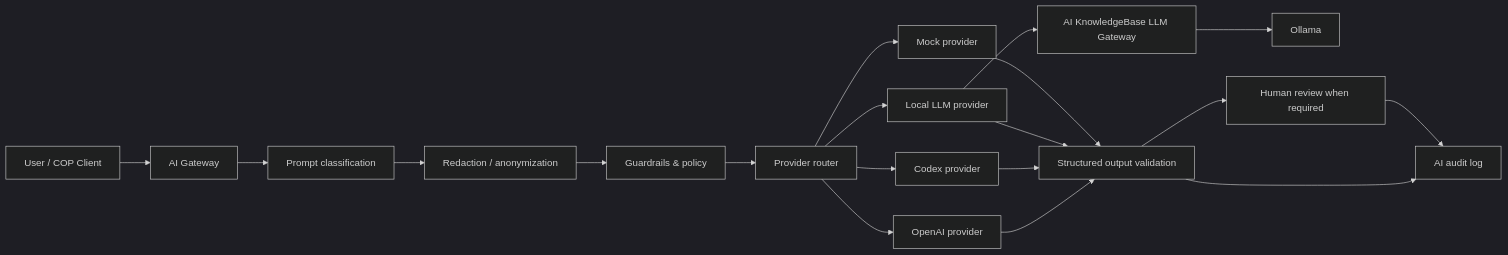
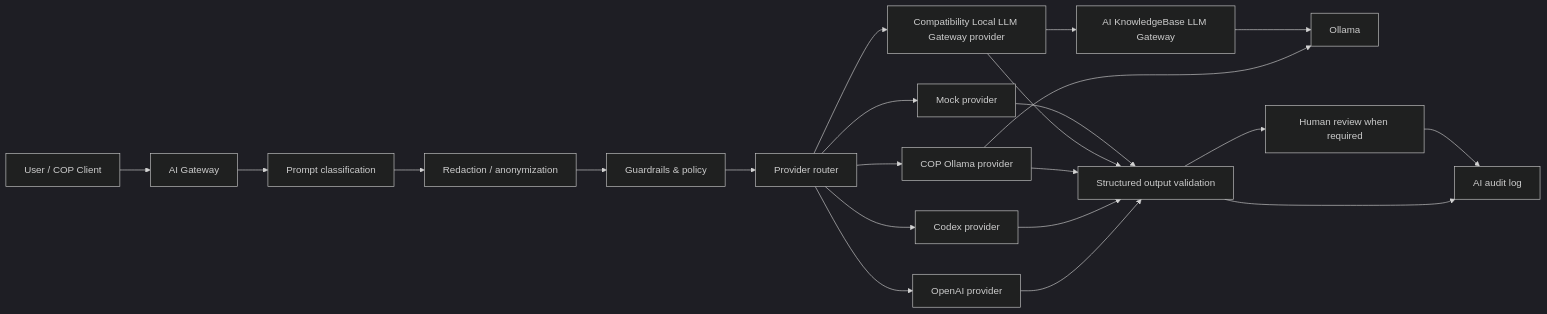
The diagram in docs/ai/01_AI_ARCHITECTURE.md (voldzi/delta_acr_cop), drawn with Mermaid (dark theme) before and after one commit. The commit also changed other lines of this file and 17 other files, not shown here.

Commit message:
Add COP-owned Ollama AI provider

````diff
--- a/docs/ai/01_AI_ARCHITECTURE.md
+++ b/docs/ai/01_AI_ARCHITECTURE.md
@@ -7,31 +7,34 @@
 ```mermaid
 flowchart LR
     USER["User / COP Client"]
     GW["AI Gateway"]
     CLASS["Prompt classification"]
     REDACT["Redaction / anonymization"]
     POLICY["Guardrails & policy"]
     ROUTER["Provider router"]
     OPENAI["OpenAI provider"]
     CODEX["Codex provider"]
-    LOCAL["Local LLM provider"]
+    OLLAMA_PROVIDER["COP Ollama provider"]
+    LOCAL["Compatibility Local LLM Gateway provider"]
     AKB["AI KnowledgeBase LLM Gateway"]
     OLLAMA["Ollama"]
     MOCK["Mock provider"]
     VALID["Structured output validation"]
     HUMAN["Human review when required"]
     AUDIT["AI audit log"]
 
     USER --> GW --> CLASS --> REDACT --> POLICY --> ROUTER
     ROUTER --> OPENAI
     ROUTER --> CODEX
+    ROUTER --> OLLAMA_PROVIDER --> OLLAMA
     ROUTER --> LOCAL --> AKB --> OLLAMA
     ROUTER --> MOCK
     OPENAI --> VALID
     CODEX --> VALID
+    OLLAMA_PROVIDER --> VALID
     LOCAL --> VALID
     MOCK --> VALID
     VALID --> HUMAN
     VALID --> AUDIT
     HUMAN --> AUDIT
 ```
````
